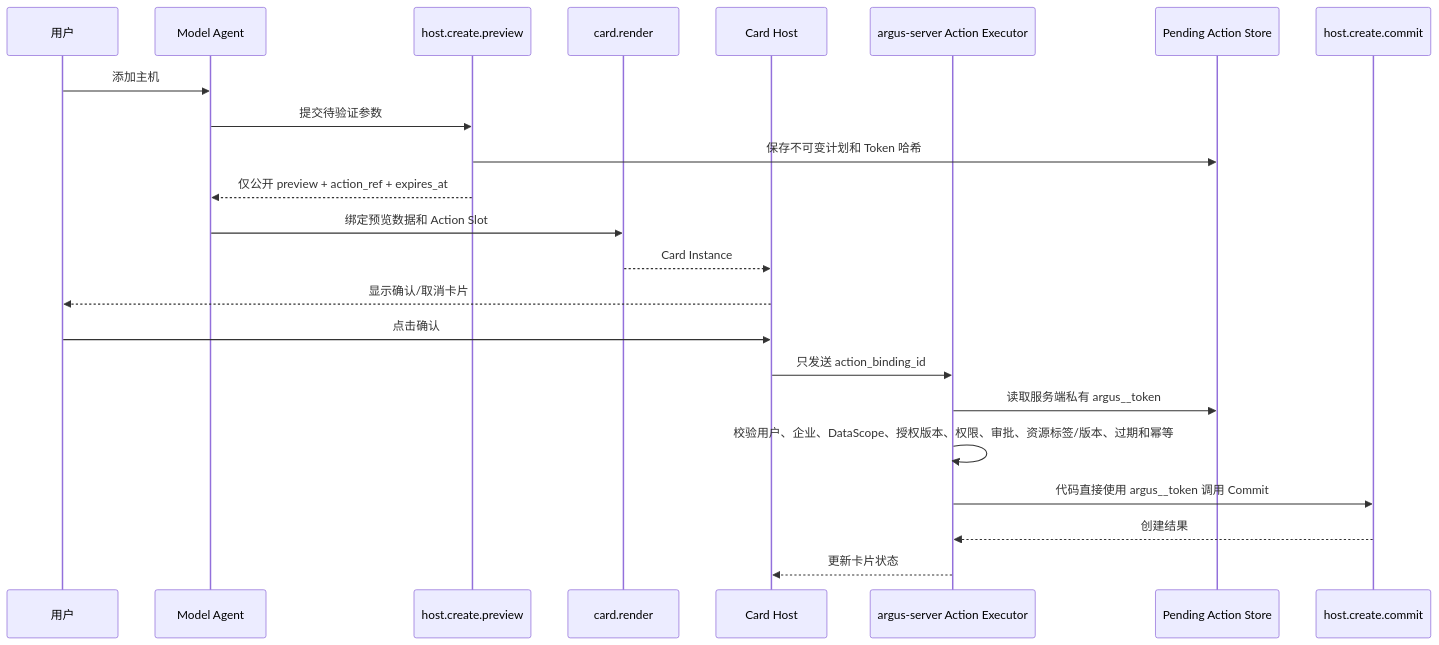
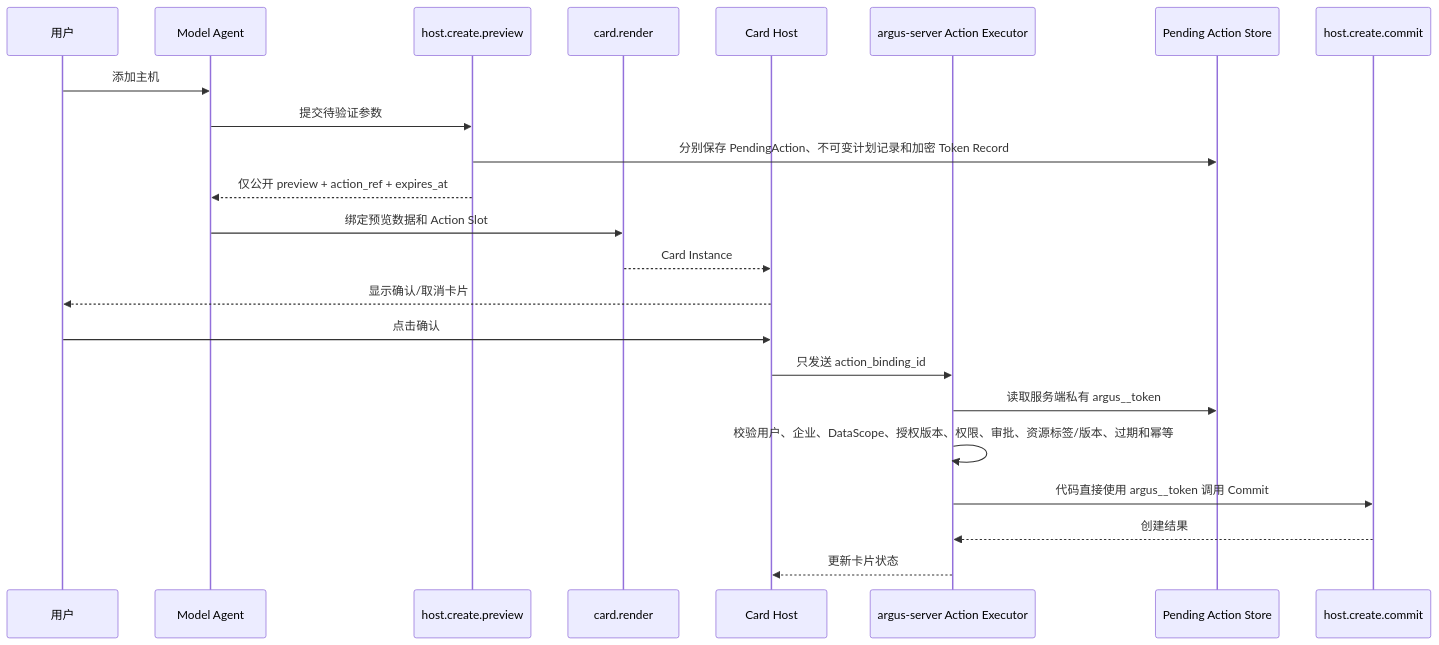
One commit to kakj-go/Argus changed the first of 2 diagrams in docs/04-agent-mcp-and-action-workflow.md. Above: the diagram before and after it, drawn with Mermaid. The commit also changed other lines of this file and 142 other files, not shown here.

````diff
--- a/docs/04-agent-mcp-and-action-workflow.md
+++ b/docs/04-agent-mcp-and-action-workflow.md
@@ -180,26 +180,26 @@
 ```mermaid
 sequenceDiagram
     participant U as 用户
     participant A as Model Agent
     participant P as host.create.preview
     participant R as card.render
     participant H as Card Host
     participant E as argus-server Action Executor
     participant S as Pending Action Store
     participant C as host.create.commit
 
     U->>A: 添加主机
     A->>P: 提交待验证参数
-    P->>S: 保存不可变计划和 Token 哈希
+    P->>S: 分别保存 PendingAction、不可变计划记录和加密 Token Record
     P-->>A: 仅公开 preview + action_ref + expires_at
     A->>R: 绑定预览数据和 Action Slot
     R-->>H: Card Instance
     H-->>U: 显示确认/取消卡片
     U->>H: 点击确认
     H->>E: 只发送 action_binding_id
     E->>S: 读取服务端私有 argus__token
     E->>E: 校验用户、企业、DataScope、授权版本、权限、审批、资源标签/版本、过期和幂等
     E->>C: 代码直接使用 argus__token 调用 Commit
     C-->>E: 创建结果
     E-->>H: 更新卡片状态
 ```
````
